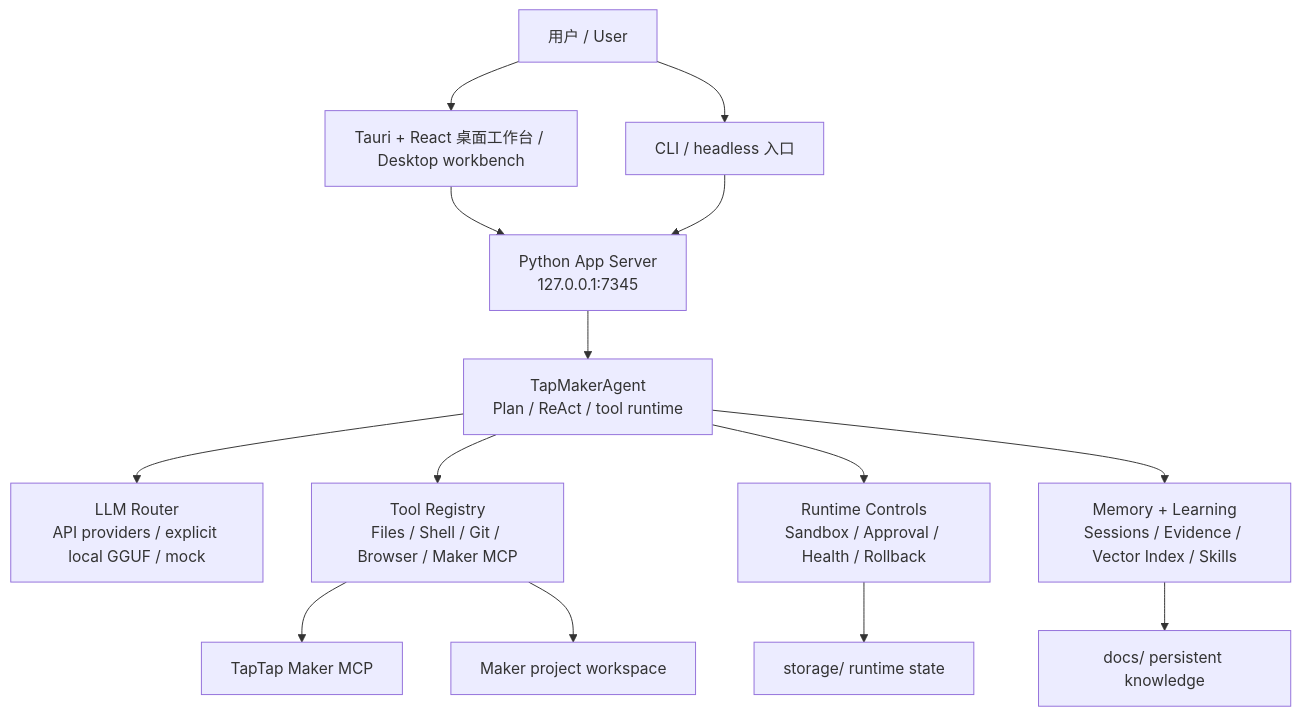
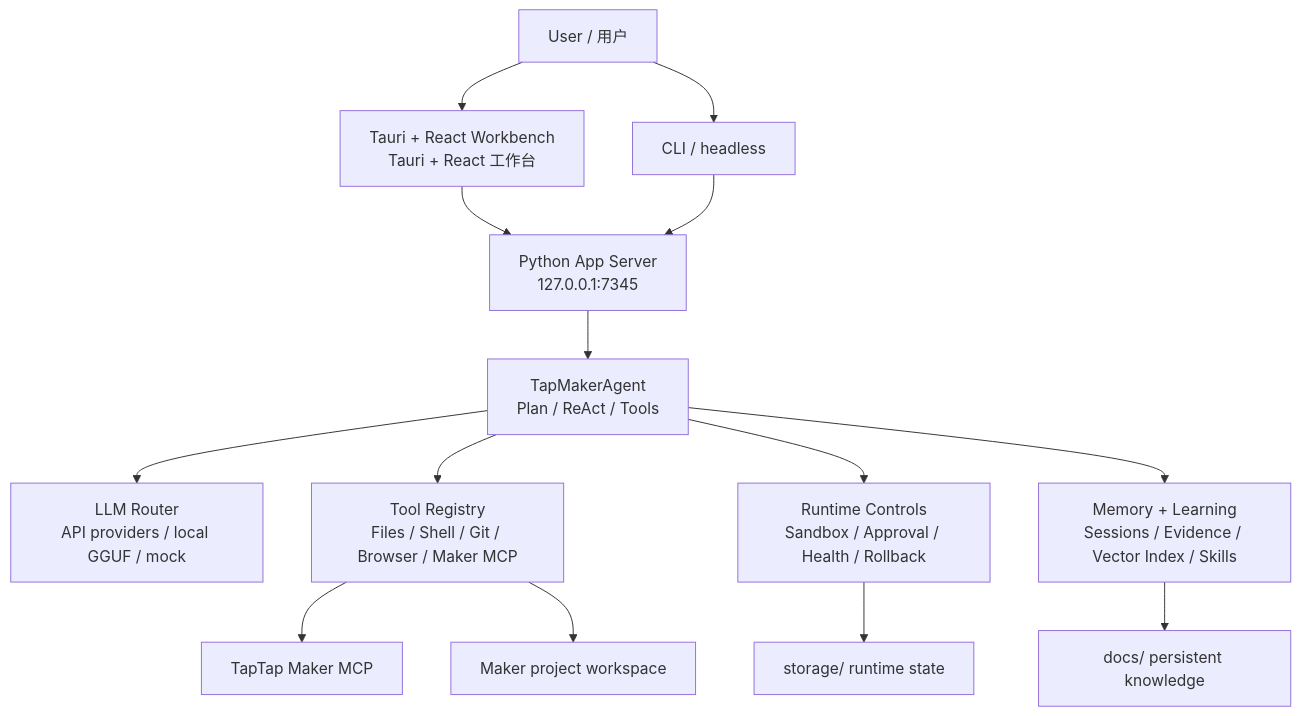
One commit to KingSystemHaiGo/TTMEvolve changed the diagram in README.md. Above: the diagram before and after it, drawn with Mermaid. The commit also changed other lines of this file and 9 other files, not shown here.

Commit message:
fix: harden desktop readiness flow

````diff
--- a/README.md
+++ b/README.md
@@ -68,19 +63,19 @@
 ```mermaid
 flowchart TB
-    User["用户 / User"] --> GUI["Tauri + React 桌面工作台 / Desktop workbench"]
-    User --> CLI["CLI / headless 入口"]
+    User["User / 用户"] --> GUI["Tauri + React Workbench<br/>Tauri + React 工作台"]
+    User --> CLI["CLI / headless"]
 
     GUI --> Server["Python App Server<br/>127.0.0.1:7345"]
     CLI --> Server
 
-    Server --> Agent["TapMakerAgent<br/>Plan / ReAct / tool runtime"]
-    Agent --> LLM["LLM Router<br/>API providers / explicit local GGUF / mock"]
+    Server --> Agent["TapMakerAgent<br/>Plan / ReAct / Tools"]
+    Agent --> LLM["LLM Router<br/>API providers / local GGUF / mock"]
     Agent --> Tools["Tool Registry<br/>Files / Shell / Git / Browser / Maker MCP"]
     Agent --> Runtime["Runtime Controls<br/>Sandbox / Approval / Health / Rollback"]
     Agent --> Memory["Memory + Learning<br/>Sessions / Evidence / Vector Index / Skills"]
 
     Tools --> Maker["TapTap Maker MCP"]
     Tools --> Project["Maker project workspace"]
     Runtime --> Storage["storage/ runtime state"]
     Memory --> Docs["docs/ persistent knowledge"]
 ```
````
